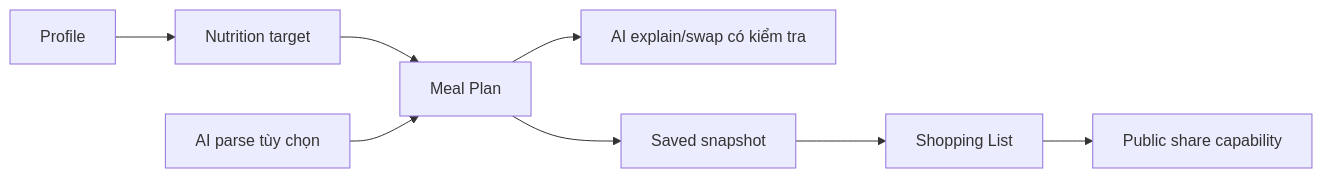
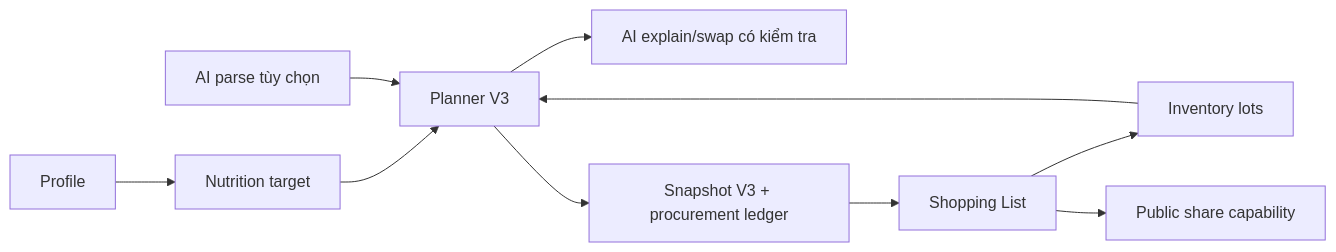
The diagram in docs/code/README.md (thedusk4203/smart-menu), drawn with Mermaid before and after one commit. The commit also changed other lines of this file and 70 other files, not shown here.

````diff
--- a/docs/code/README.md
+++ b/docs/code/README.md
@@ -30,10 +30,12 @@
 ```mermaid
 flowchart LR
     P[Profile] --> N[Nutrition target]
-    N --> M[Meal Plan]
+    N --> M[Planner V3]
+    I[Inventory lots] --> M
     A1[AI parse tùy chọn] --> M
     M --> A2[AI explain/swap có kiểm tra]
-    M --> S[Saved snapshot]
+    M --> S[Snapshot V3 + procurement ledger]
     S --> L[Shopping List]
+    L --> I
     L --> G[Public share capability]
 ```
````
